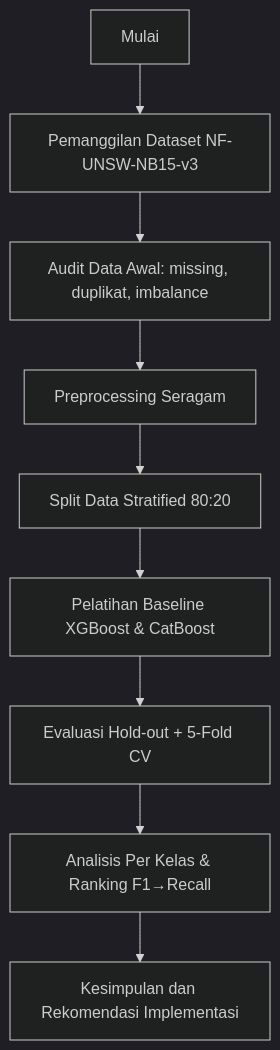
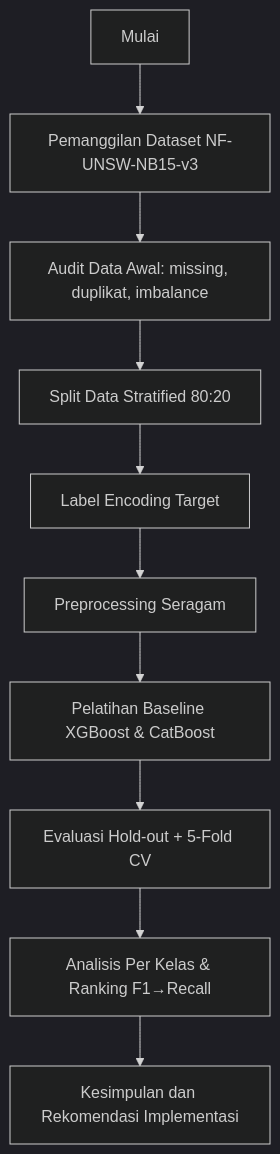
The first of 3 diagrams in Artikel_Jurnal_Sinta4_Analisis_Komparatif_XGBoost_CatBoost.md (Nantarachma/Kode_Skripsi_Notebook), drawn with Mermaid (dark theme) before and after one commit. The commit also changed other lines of this file, not shown here.

Commit message:
docs: align methodology flow order and data preparation steps
Agent-Logs-Url: https://github.com/Nantarachma/Kode_Skripsi_Notebook/sessions/d22278b6-36ab-4da0-b9da-a4669270eae3

````diff
--- a/Artikel_Jurnal_Sinta4_Analisis_Komparatif_XGBoost_CatBoost.md
+++ b/Artikel_Jurnal_Sinta4_Analisis_Komparatif_XGBoost_CatBoost.md
@@ -56,11 +56,12 @@
 ```mermaid
 flowchart TD
     A[Mulai] --> B[Pemanggilan Dataset NF-UNSW-NB15-v3]
     B --> C[Audit Data Awal: missing, duplikat, imbalance]
-    C --> D[Preprocessing Seragam]
-    D --> E[Split Data Stratified 80:20]
-    E --> F[Pelatihan Baseline XGBoost & CatBoost]
-    F --> G[Evaluasi Hold-out + 5-Fold CV]
-    G --> H[Analisis Per Kelas & Ranking F1→Recall]
-    H --> I[Kesimpulan dan Rekomendasi Implementasi]
+    C --> D[Split Data Stratified 80:20]
+    D --> E[Label Encoding Target]
+    E --> F[Preprocessing Seragam]
+    F --> G[Pelatihan Baseline XGBoost & CatBoost]
+    G --> H[Evaluasi Hold-out + 5-Fold CV]
+    H --> I[Analisis Per Kelas & Ranking F1→Recall]
+    I --> J[Kesimpulan dan Rekomendasi Implementasi]
 ```
````
